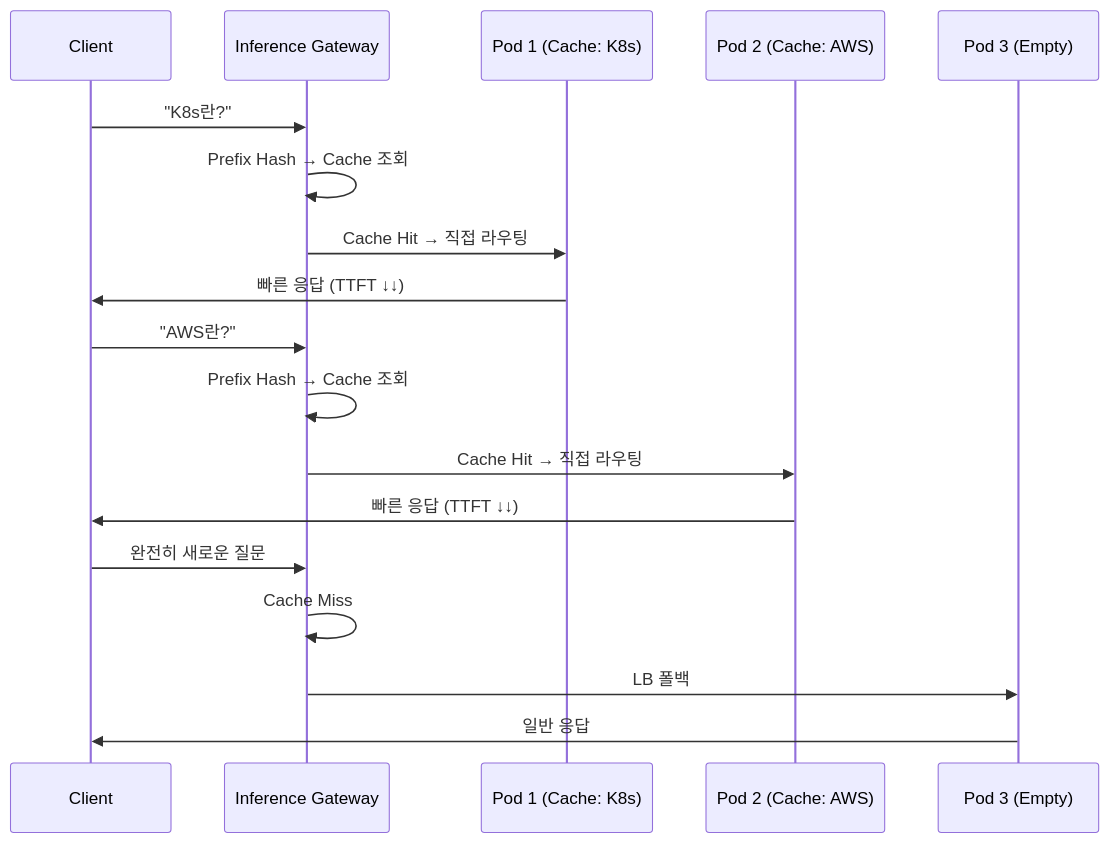
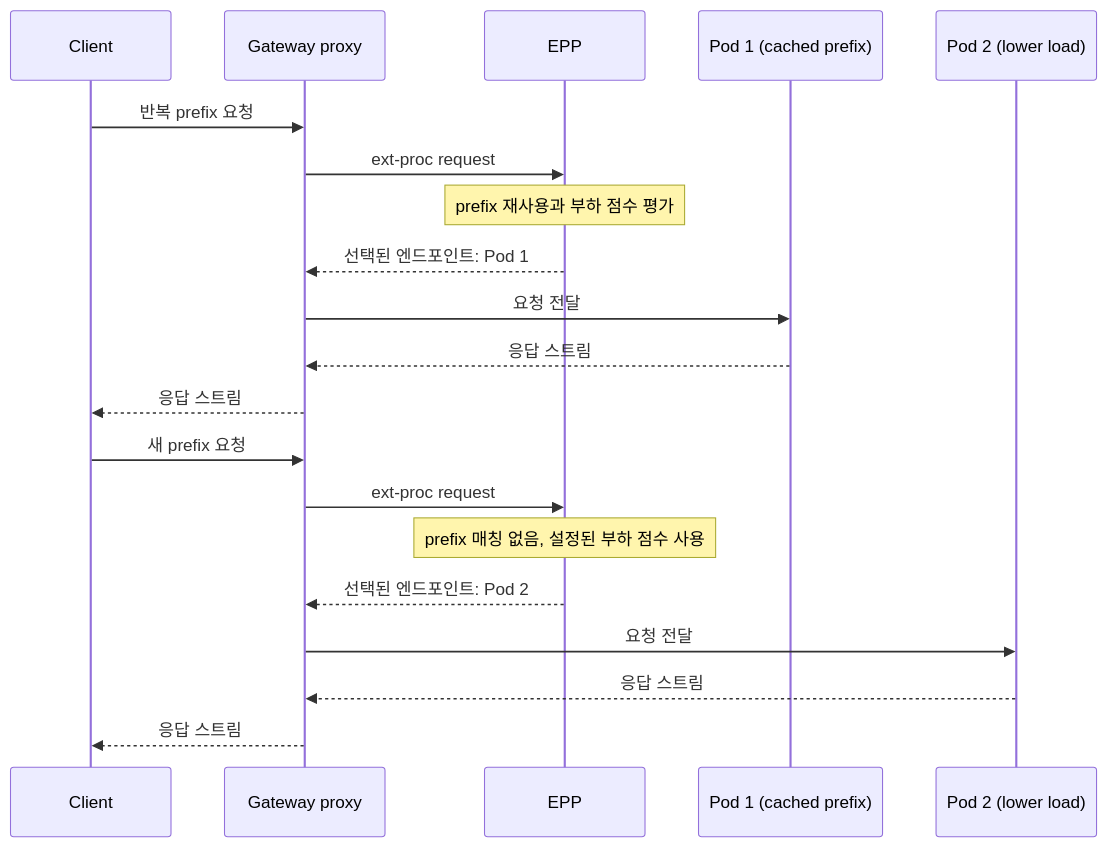
Before and after one commit to devfloor9/engineering-playbook: the second of 3 diagrams in docs/agentic-ai-platform/model-serving/inference-optimization/kv-cache-optimization.md, drawn with Mermaid. The commit also changed other lines of this file and 10 other files, not shown here.

````diff
--- a/docs/agentic-ai-platform/model-serving/inference-optimization/kv-cache-optimization.md
+++ b/docs/agentic-ai-platform/model-serving/inference-optimization/kv-cache-optimization.md
@@ -117,23 +119,22 @@
 ```mermaid
 sequenceDiagram
     participant C as Client
-    participant GW as Inference Gateway
-    participant P1 as Pod 1 (Cache: K8s)
-    participant P2 as Pod 2 (Cache: AWS)
-    participant P3 as Pod 3 (Empty)
-
-    C->>GW: "K8s란?"
-    GW->>GW: Prefix Hash → Cache 조회
-    GW->>P1: Cache Hit → 직접 라우팅
-    P1->>C: 빠른 응답 (TTFT ↓↓)
-
-    C->>GW: "AWS란?"
-    GW->>GW: Prefix Hash → Cache 조회
-    GW->>P2: Cache Hit → 직접 라우팅
-    P2->>C: 빠른 응답 (TTFT ↓↓)
-
-    C->>GW: 완전히 새로운 질문
-    GW->>GW: Cache Miss
-    GW->>P3: LB 폴백
-    P3->>C: 일반 응답
+    participant GW as Gateway proxy
+    participant E as EPP
+    participant P1 as Pod 1 (cached prefix)
+    participant P2 as Pod 2 (lower load)
+    C->>GW: 반복 prefix 요청
+    GW->>E: ext-proc request
+    Note over E: prefix 재사용과 부하 점수 평가
+    E-->>GW: 선택된 엔드포인트: Pod 1
+    GW->>P1: 요청 전달
+    P1-->>GW: 응답 스트림
+    GW-->>C: 응답 스트림
+    C->>GW: 새 prefix 요청
+    GW->>E: ext-proc request
+    Note over E: prefix 매칭 없음, 설정된 부하 점수 사용
+    E-->>GW: 선택된 엔드포인트: Pod 2
+    GW->>P2: 요청 전달
+    P2-->>GW: 응답 스트림
+    GW-->>C: 응답 스트림
 ```
````
